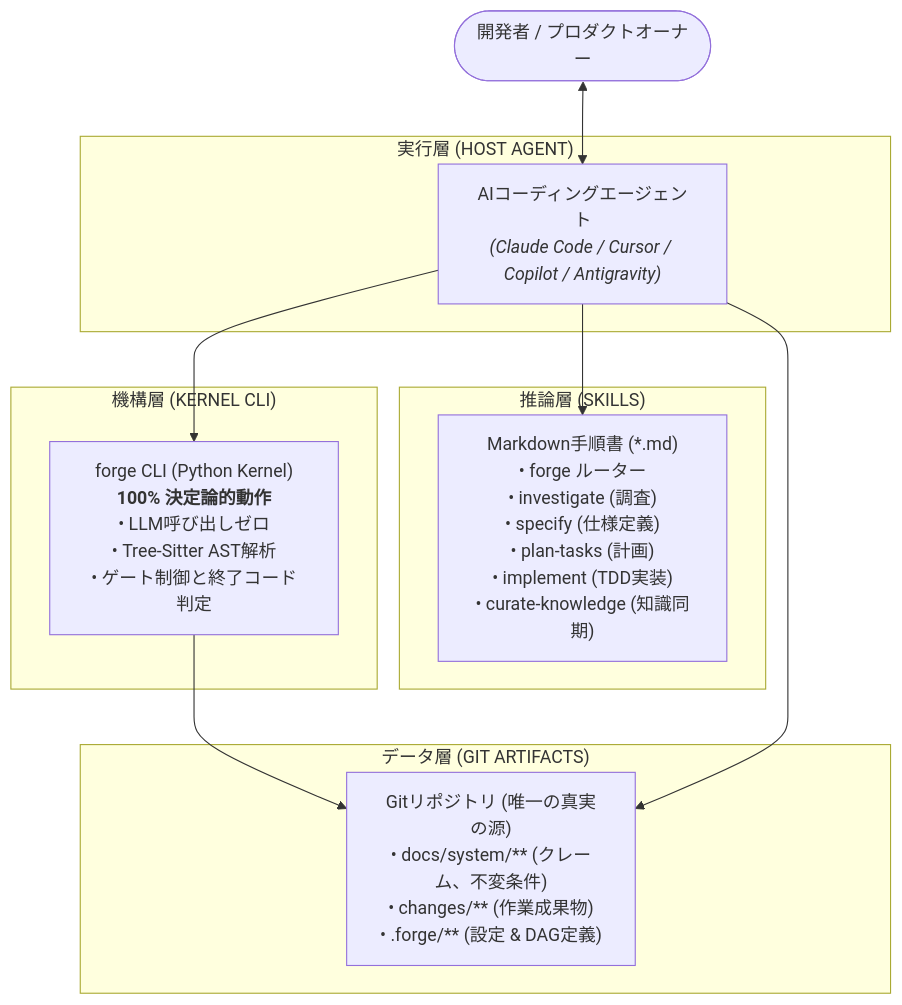
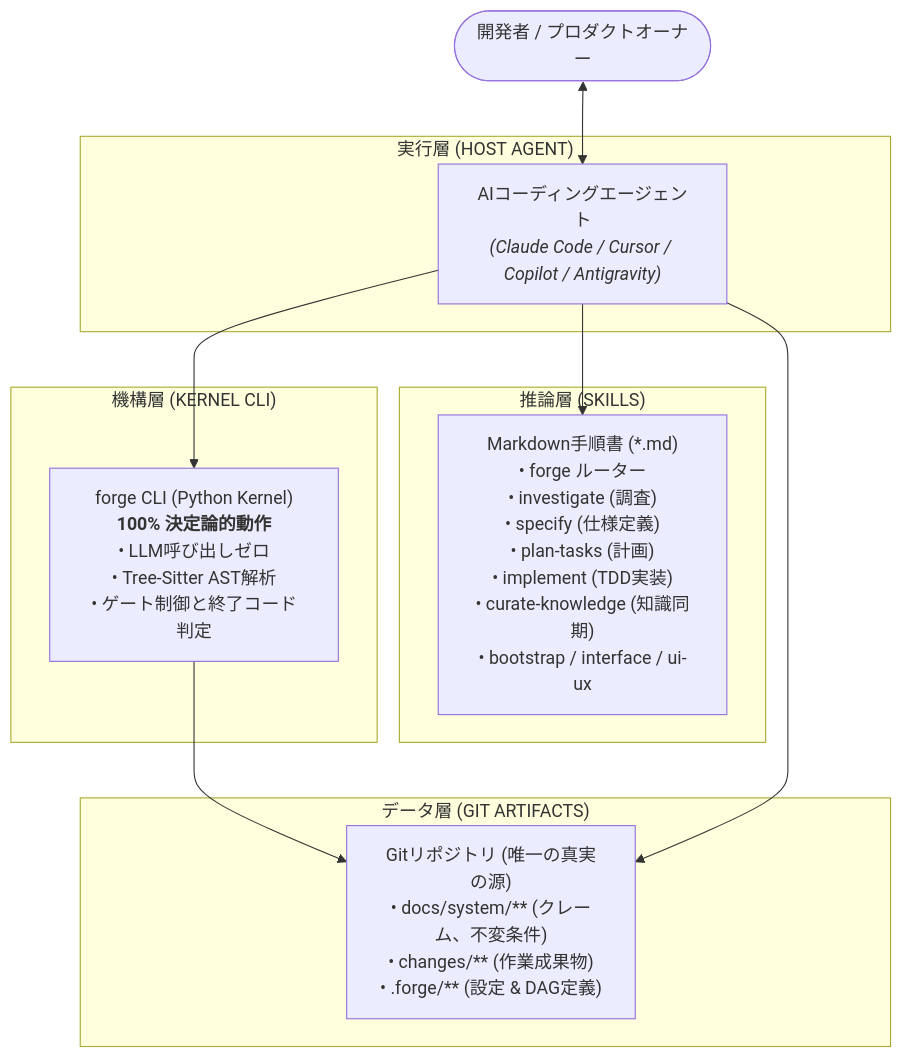
The diagram in docs/ja/README.md (CodeGenLabs/forge-harness), drawn with Mermaid before and after one commit. The commit also changed other lines of this file and 21 other files, not shown here.

````diff
--- a/docs/ja/README.md
+++ b/docs/ja/README.md
@@ -63,25 +63,25 @@
 ```mermaid
 graph TD
     User(["開発者 / プロダクトオーナー"]) <--> HostAgent
 
     subgraph Host["実行層 (HOST AGENT)"]
         HostAgent["AIコーディングエージェント<br><i>(Claude Code / Cursor / Copilot / Antigravity)</i>"]
     end
 
     subgraph SkillsLayer["推論層 (SKILLS)"]
-        Skills["Markdown手順書 (*.md)<br>• forge ルーター<br>• investigate (調査)<br>• specify (仕様定義)<br>• plan-tasks (計画)<br>• implement (TDD実装)<br>• curate-knowledge (知識同期)"]
+        Skills["Markdown手順書 (*.md)<br>• forge ルーター<br>• investigate (調査)<br>• specify (仕様定義)<br>• plan-tasks (計画)<br>• implement (TDD実装)<br>• curate-knowledge (知識同期)<br>• bootstrap / interface / ui-ux"]
     end
 
     subgraph KernelLayer["機構層 (KERNEL CLI)"]
         Kernel["forge CLI (Python Kernel)<br><b>100% 決定論的動作</b><br>• LLM呼び出しゼロ<br>• Tree-Sitter AST解析<br>• ゲート制御と終了コード判定"]
     end
 
     subgraph DataLayer["データ層 (GIT ARTIFACTS)"]
         GitStore["Gitリポジトリ (唯一の真実の源)<br>• docs/system/** (クレーム、不変条件)<br>• changes/** (作業成果物)<br>• .forge/** (設定 & DAG定義)"]
     end
 
     HostAgent --> Skills
     HostAgent --> Kernel
     Kernel --> GitStore
     HostAgent --> GitStore
 ```
````
